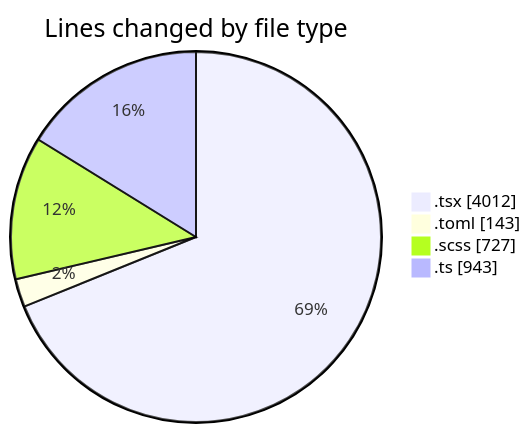
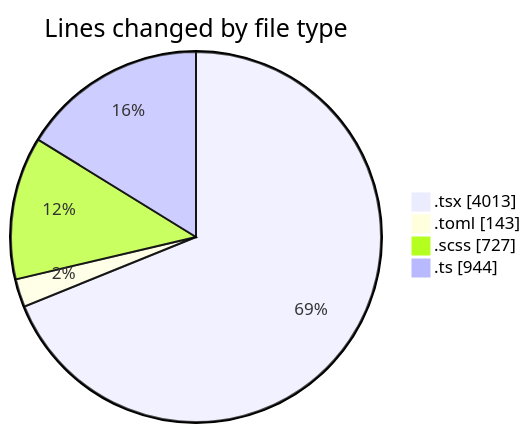
One commit to momahboobian/code-tracking changed the first of 2 diagrams in 2026-11-02/cda/README.md. Above: the diagram before and after it, drawn with Mermaid. The commit also changed other lines of this file and 1 other file, not shown here.

````diff
--- a/2026-11-02/cda/README.md
+++ b/2026-11-02/cda/README.md
@@ -58,8 +58,8 @@
 ```mermaid
 pie showData
 title Lines changed by file type
-".tsx" : 4012
+".tsx" : 4013
 ".toml" : 143
 ".scss" : 727
-".ts" : 943
+".ts" : 944
 ```
````
